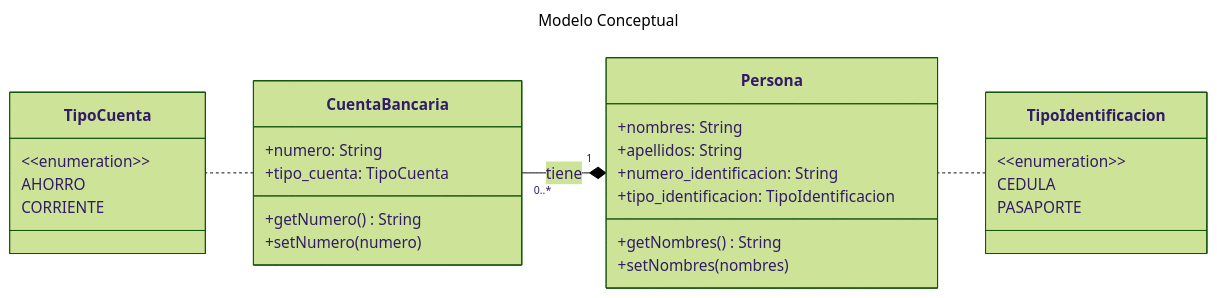
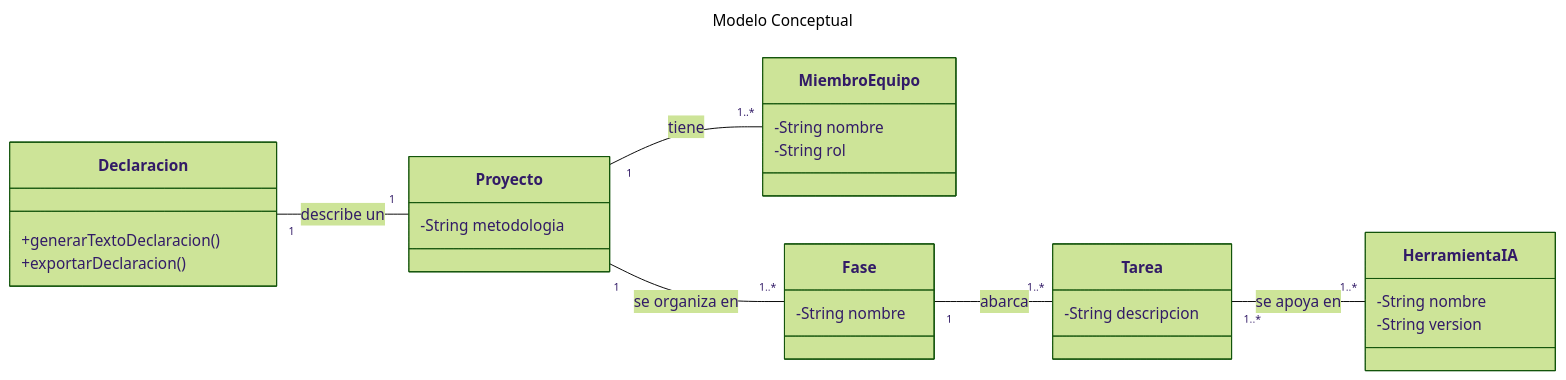
One commit to Lude2004/mda-pim-text-generation changed the diagram in diagram-clases/mermaid/mermaid.mmd. Above: the diagram before and after it, drawn with Mermaid (forest theme). The commit also changed 3 other files, not shown here.

```diff
--- a/diagram-clases/mermaid/mermaid.mmd
+++ b/diagram-clases/mermaid/mermaid.mmd
@@ -1,38 +1,39 @@
 ---
 title: Modelo Conceptual
 ---
 classDiagram
 
                             direction RL
                                      
-                            class TipoIdentificacion{
-                                &lt;&lt;enumeration&gt;&gt;
-                                CEDULA
-                                PASAPORTE
+                            class Declaracion {
+                                +generarTextoDeclaracion()
+                                +exportarDeclaracion()
                             }
                     
-                            class Persona {
-                                +nombres: String
-                                +apellidos: String
-                                +numero_identificacion: String
-                                +tipo_identificacion: TipoIdentificacion
-                                +getNombres() String
-                                +setNombres(nombres)
+                            class Proyecto {
+                                -String metodologia
                             }
                     
-                            class CuentaBancaria {
-                                +numero: String
-                                +tipo_cuenta: TipoCuenta
-                                +getNumero() String
-                                +setNumero(numero)
+                            class MiembroEquipo {
+                                -String nombre
+                                -String rol
                             }
 
-                            class TipoCuenta{
-                                &lt;&lt;enumeration&gt;&gt;
-                                AHORRO
-                                CORRIENTE
+                            class Fase {
+                                -String nombre
                             }
                             
-                            TipoIdentificacion .. Persona
-                            Persona "1" *-- "0..*" CuentaBancaria: tiene
-                            CuentaBancaria ..  TipoCuenta
+                            class Tarea {
+                                -String descripcion
+                            }
+
+                            class HerramientaIA {
+                                -String nombre
+                                -String version 
+                            }
+
+                            Proyecto "1" -- "1" Declaracion : describe un
+                            MiembroEquipo "1..*" -- "1" Proyecto : tiene
+                            Fase "1..*" -- "1" Proyecto : se organiza en
+                            Tarea "1..*" -- "1" Fase : abarca
+                            HerramientaIA "1..*" -- "1..*" Tarea : se apoya en
```
